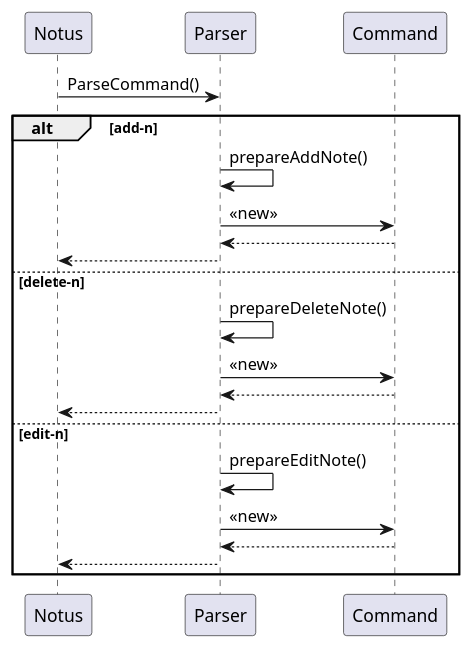
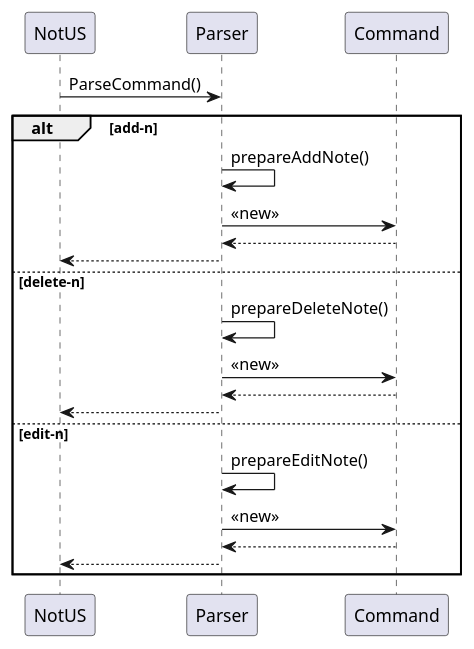
The first of 4 diagrams in docs/diagrams/Parser.puml (nus-cs2113-AY2021S1/tp), drawn with PlantUML before and after one commit.

```diff
--- a/docs/diagrams/Parser.puml
+++ b/docs/diagrams/Parser.puml
@@ -1,21 +1,21 @@
 @startuml
-Notus -> Parser: ParseCommand()
+NotUS -> Parser: ParseCommand()
 
 alt add-n
 Parser -> Parser: prepareAddNote()
 Parser -> Command: <<new>>
 Parser <-- Command
-Notus <-- Parser
+NotUS <-- Parser
 else delete-n
 Parser -> Parser: prepareDeleteNote()
 Parser -> Command: <<new>>
 Parser <-- Command
-Notus <-- Parser
+NotUS <-- Parser
 else edit-n
 Parser -> Parser: prepareEditNote()
 Parser -> Command: <<new>>
 Parser <-- Command
-Notus <-- Parser
+NotUS <-- Parser
 end
 
 @enduml
```
